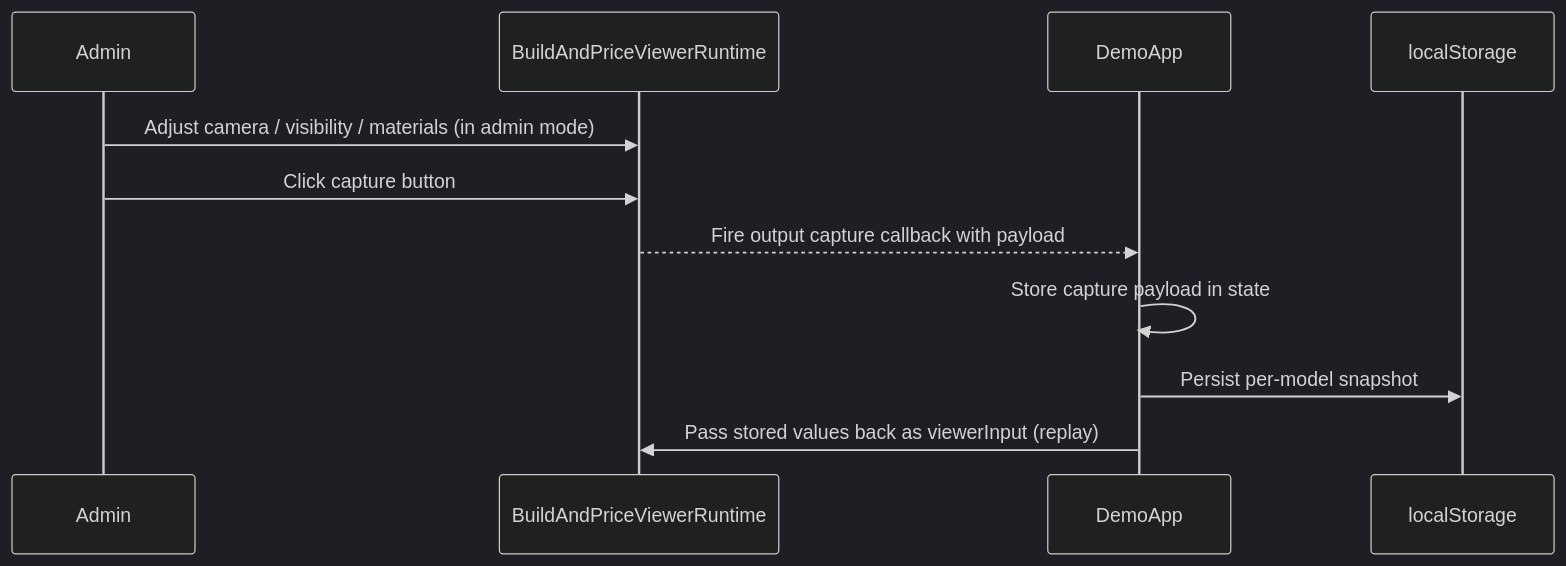
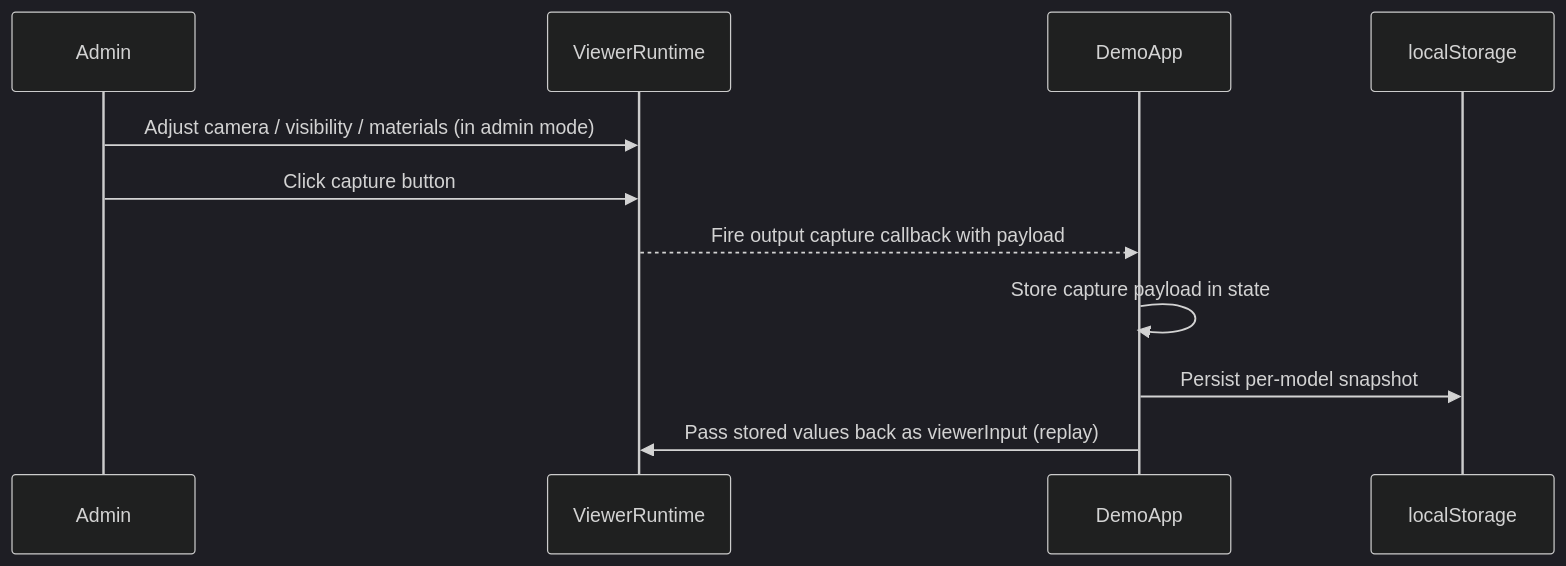
The fourth of 5 diagrams in docs/architecture.md (EBjornson/viewer-docs), drawn with Mermaid (dark theme) before and after one commit. The commit also changed other lines of this file and 8 other files, not shown here.

````diff
--- a/docs/architecture.md
+++ b/docs/architecture.md
@@ -333,14 +333,14 @@
 ```mermaid
 sequenceDiagram
     participant Admin
-    participant Viewer as BuildAndPriceViewerRuntime
+    participant Viewer as ViewerRuntime
     participant App as DemoApp
     participant Storage as localStorage
 
     Admin->>Viewer: Adjust camera / visibility / materials (in admin mode)
     Admin->>Viewer: Click capture button
     Viewer-->>App: Fire output capture callback with payload
     App->>App: Store capture payload in state
     App->>Storage: Persist per-model snapshot
     App->>Viewer: Pass stored values back as viewerInput (replay)
 ```
````
